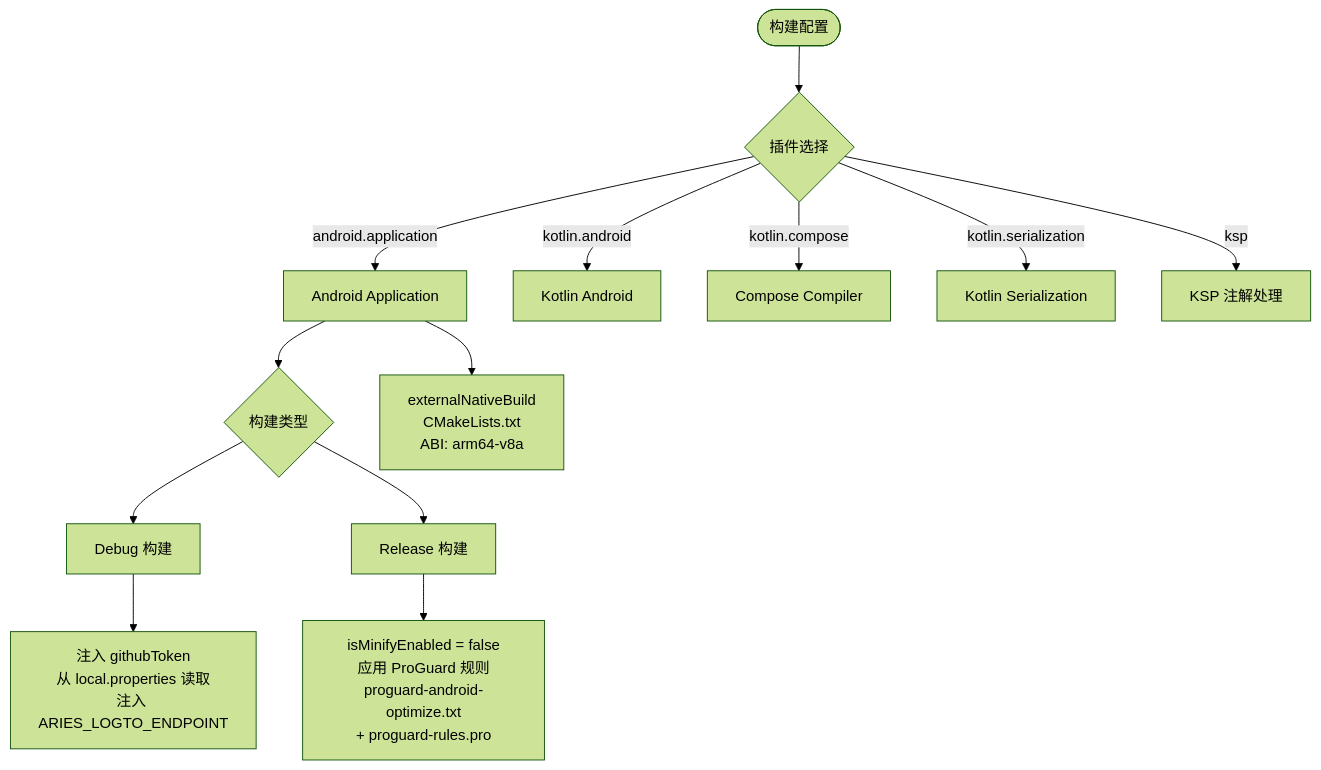
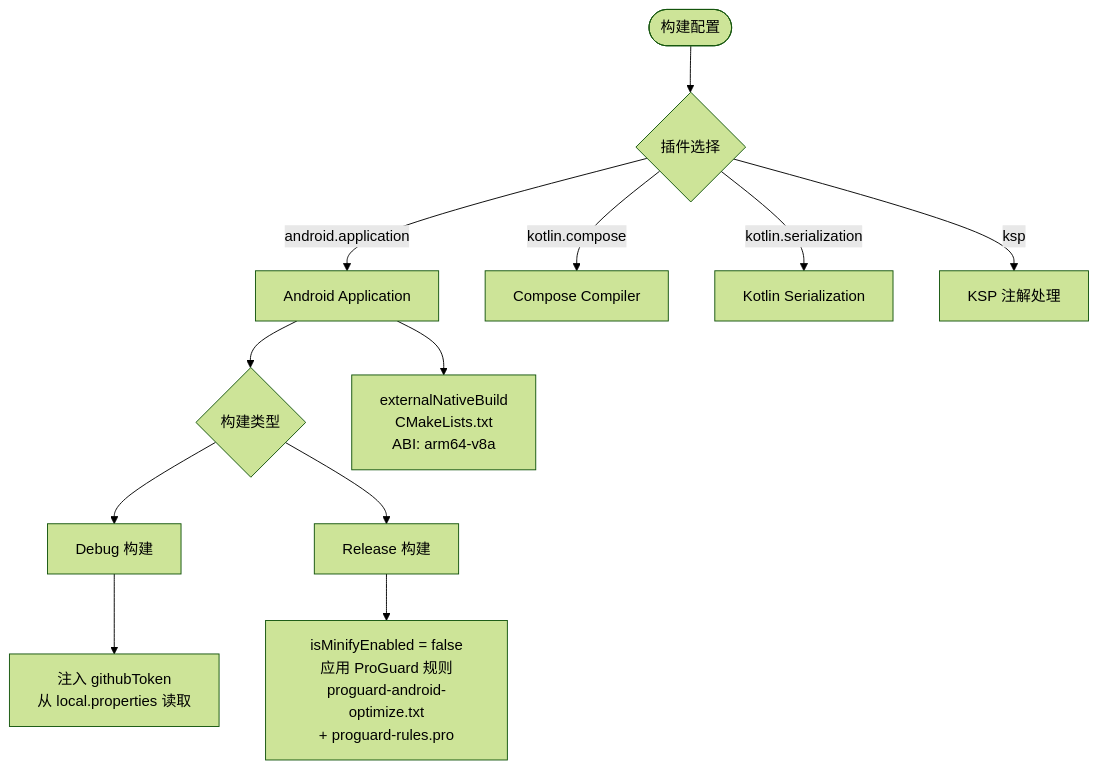
One commit to ZG0704666/Aries-AI changed the third of 4 diagrams in Aries-site/docs/开发规范与工具/构建脚本与工具链.md. Above: the diagram before and after it, drawn with Mermaid (forest theme). The commit also changed other lines of this file and 140 other files, not shown here.

````diff
--- a/Aries-site/docs/开发规范与工具/构建脚本与工具链.md
+++ b/Aries-site/docs/开发规范与工具/构建脚本与工具链.md
@@ -269,18 +265,17 @@
 ```mermaid
 flowchart TD
     Start([构建配置]) --> Plugins{插件选择}
     Plugins -->|android.application| APP[Android Application]
-    Plugins -->|kotlin.android| KOTLIN[Kotlin Android]
     Plugins -->|kotlin.compose| COMPOSE[Compose Compiler]
     Plugins -->|kotlin.serialization| SERIAL[Kotlin Serialization]
     Plugins -->|ksp| KSP[KSP 注解处理]
 
     APP --> BuildTypes{构建类型}
     BuildTypes --> Debug[Debug 构建]
     BuildTypes --> Release[Release 构建]
 
-    Debug --> DebugConfig["注入 githubToken<br/>从 local.properties 读取<br/>注入 ARIES_LOGTO_ENDPOINT"]
+    Debug --> DebugConfig["注入 githubToken<br/>从 local.properties 读取"]
     Release --> ReleaseConfig["isMinifyEnabled = false<br/>应用 ProGuard 规则<br/>proguard-android-optimize.txt<br/>+ proguard-rules.pro"]
 
     APP --> NativeBuild["externalNativeBuild<br/>CMakeLists.txt<br/>ABI: arm64-v8a"]
 ```
````
